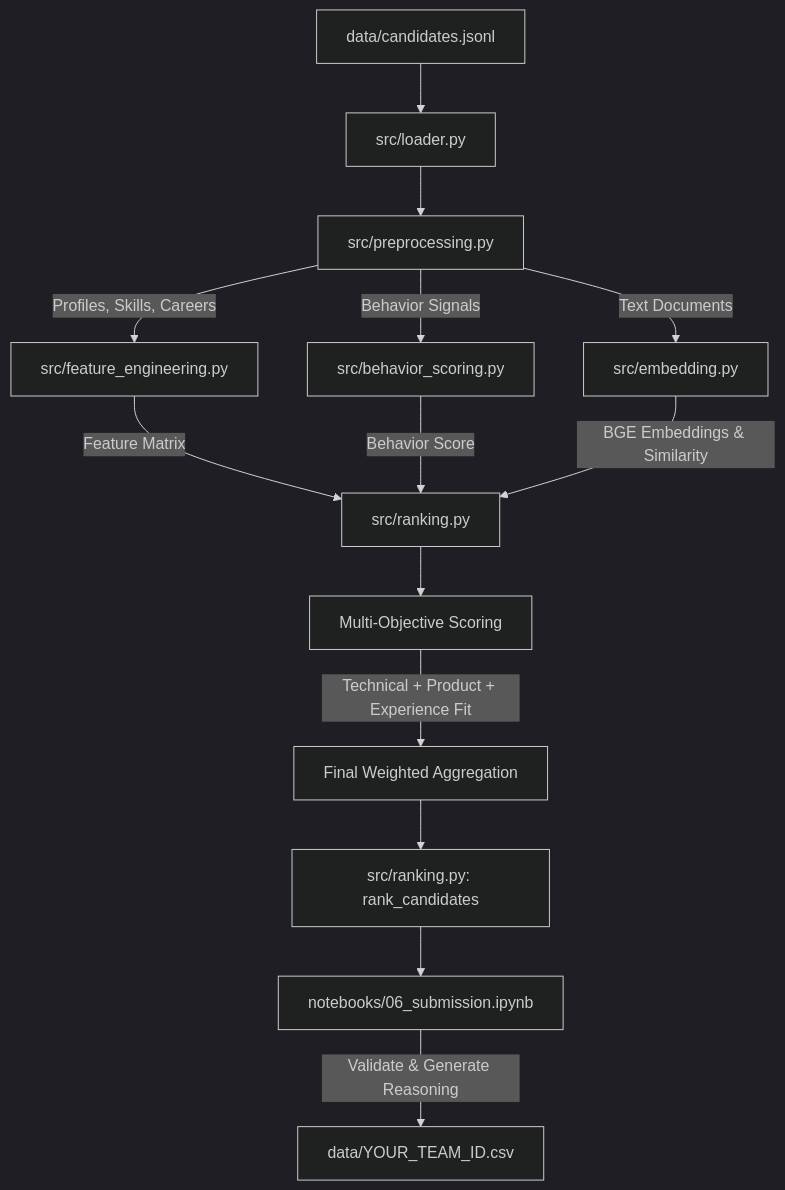
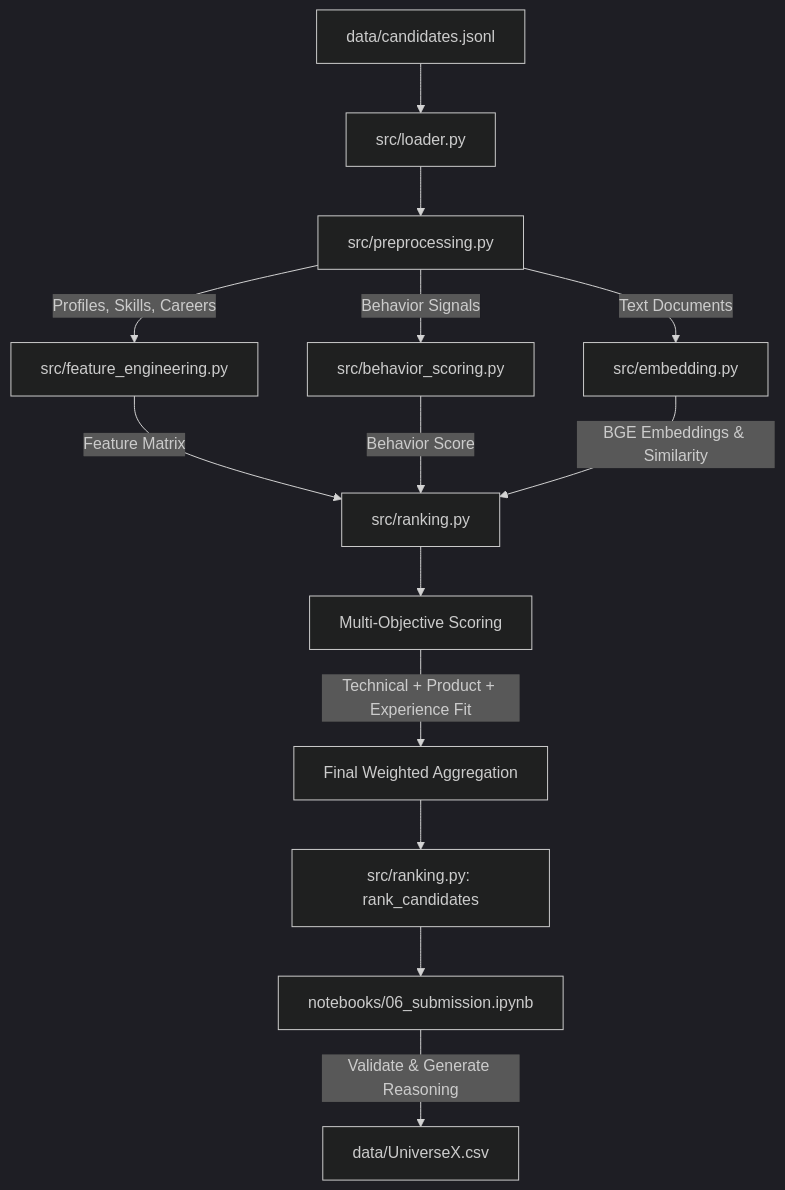
Before and after one commit to vish-34/Redrobe-Ranker: the diagram in README.md, drawn with Mermaid (dark theme).

````diff
--- a/README.md
+++ b/README.md
@@ -15,19 +15,19 @@
 ```mermaid
 flowchart TD
     A[data/candidates.jsonl] --> B[src/loader.py]
     B --> C[src/preprocessing.py]
     
     C -->|Profiles, Skills, Careers| D[src/feature_engineering.py]
     C -->|Behavior Signals| E[src/behavior_scoring.py]
     C -->|Text Documents| F[src/embedding.py]
     
     D -->|Feature Matrix| G[src/ranking.py]
     E -->|Behavior Score| G
     F -->|BGE Embeddings & Similarity| G
     
     G --> H[Multi-Objective Scoring]
     H -->|Technical + Product + Experience Fit| I[Final Weighted Aggregation]
     I --> J[src/ranking.py: rank_candidates]
     J --> K[notebooks/06_submission.ipynb]
-    K -->|Validate & Generate Reasoning| L[data/YOUR_TEAM_ID.csv]
+    K -->|Validate & Generate Reasoning| L[data/UniverseX.csv]
 ```
````
